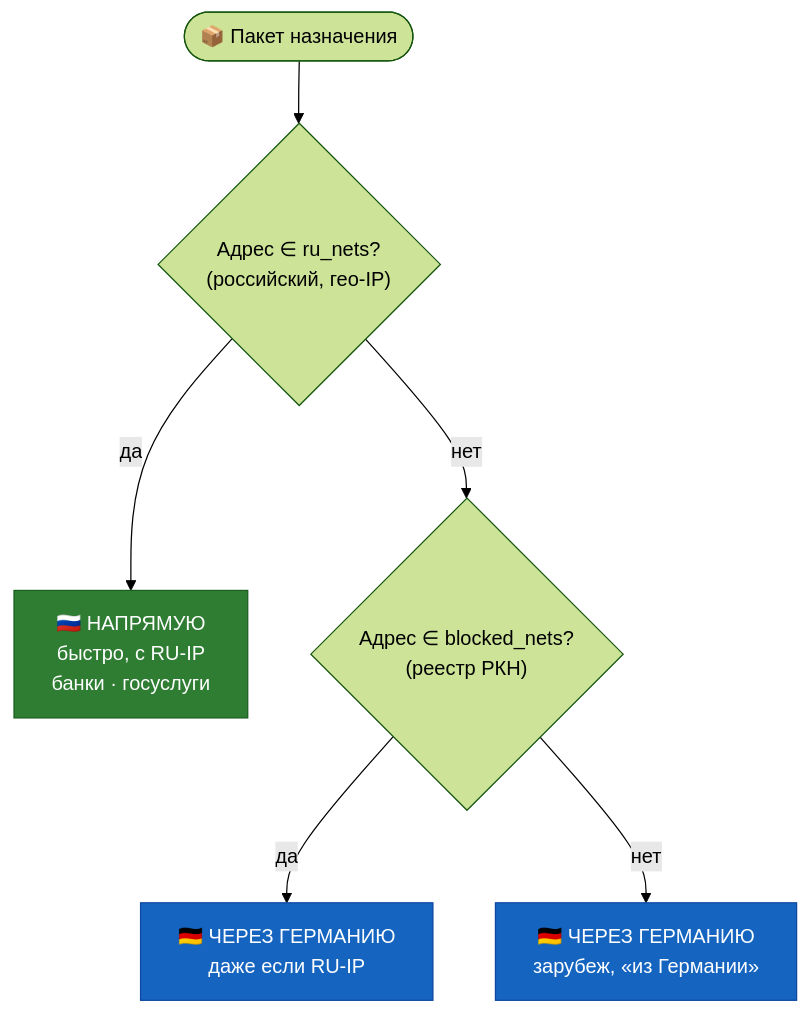
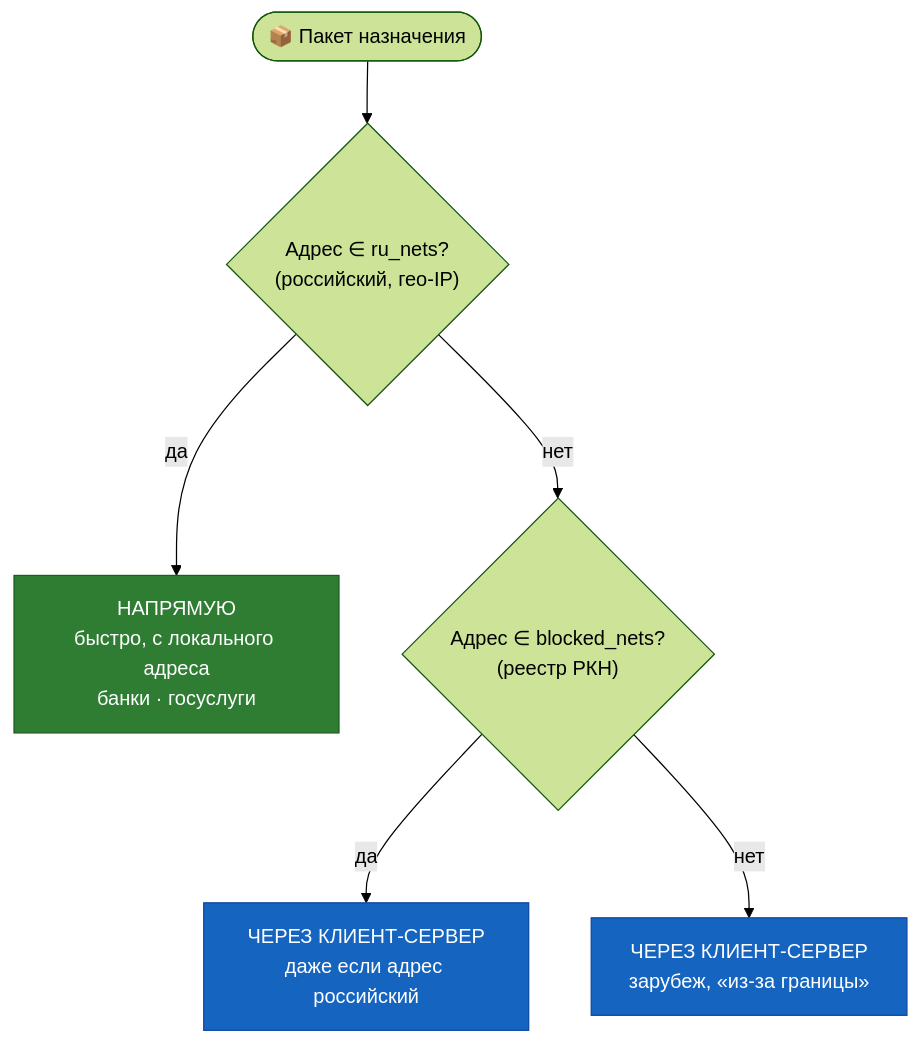
One commit to AnDyQnn/vpn_awg_2_VPS_pub changed the second of 2 diagrams in Readme.md. Above: the diagram before and after it, drawn with Mermaid (forest theme). The commit also changed other lines of this file and 7 other files, not shown here.

````diff
--- a/Readme.md
+++ b/Readme.md
@@ -147,12 +147,12 @@
 ```mermaid
 flowchart TD
     P(["📦 Пакет назначения"]) --> A{"Адрес ∈ ru_nets?<br/>(российский, гео-IP)"}
-    A -->|да| D["🇷🇺 НАПРЯМУЮ<br/>быстро, с RU-IP<br/>банки · госуслуги"]
+    A -->|да| D["НАПРЯМУЮ<br/>быстро, с локального адреса<br/>банки · госуслуги"]
     A -->|нет| B{"Адрес ∈ blocked_nets?<br/>(реестр РКН)"}
-    B -->|да| G["🇩🇪 ЧЕРЕЗ ГЕРМАНИЮ<br/>даже если RU-IP"]
-    B -->|нет| G2["🇩🇪 ЧЕРЕЗ ГЕРМАНИЮ<br/>зарубеж, «из Германии»"]
+    B -->|да| G["ЧЕРЕЗ КЛИЕНТ-СЕРВЕР<br/>даже если адрес российский"]
+    B -->|нет| G2["ЧЕРЕЗ КЛИЕНТ-СЕРВЕР<br/>зарубеж, «из-за границы»"]
 
     style D fill:#2e7d32,stroke:#1b5e20,color:#fff
     style G fill:#1565c0,stroke:#0d47a1,color:#fff
     style G2 fill:#1565c0,stroke:#0d47a1,color:#fff
 ```
````
